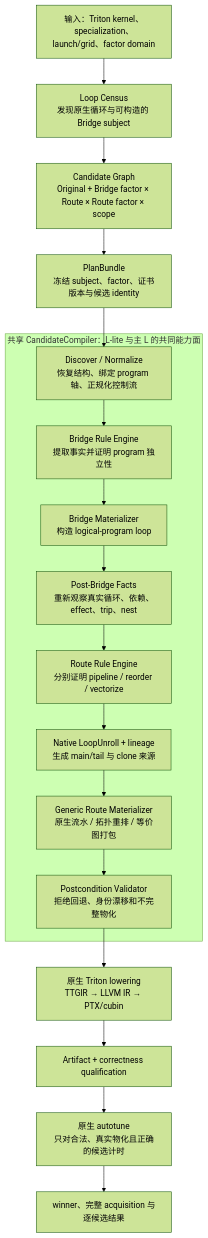
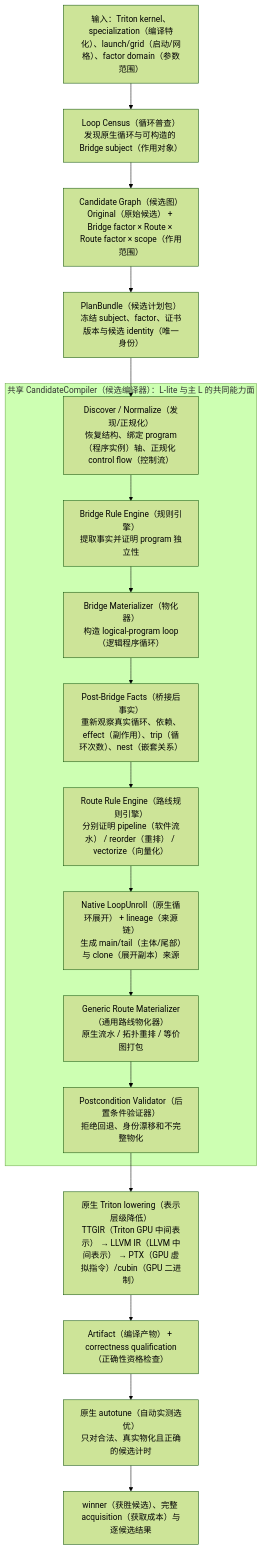
One commit to gslkj3/triton-hbv-l-lite changed the first of 4 diagrams in docs/l-lite-project-architecture-design.zh-CN.md. Above: the diagram before and after it, drawn with Mermaid (forest theme). The commit also changed other lines of this file, not shown here.

````diff
--- a/docs/l-lite-project-architecture-design.zh-CN.md
+++ b/docs/l-lite-project-architecture-design.zh-CN.md
@@ -52,27 +57,27 @@
 ```mermaid
 flowchart TB
-    U["输入：Triton kernel、specialization、launch/grid、factor domain"]
-    C["Loop Census<br/>发现原生循环与可构造的 Bridge subject"]
-    G["Candidate Graph<br/>Original + Bridge factor × Route × Route factor × scope"]
-    P["PlanBundle<br/>冻结 subject、factor、证书版本与候选 identity"]
+    U["输入：Triton kernel、specialization（编译特化）、launch/grid（启动/网格）、factor domain（参数范围）"]
+    C["Loop Census（循环普查）<br/>发现原生循环与可构造的 Bridge subject（作用对象）"]
+    G["Candidate Graph（候选图）<br/>Original（原始候选） + Bridge factor × Route × Route factor × scope（作用范围）"]
+    P["PlanBundle（候选计划包）<br/>冻结 subject、factor、证书版本与候选 identity（唯一身份）"]
 
-    subgraph CC["共享 CandidateCompiler：L-lite 与主 L 的共同能力面"]
-      D["Discover / Normalize<br/>恢复结构、绑定 program 轴、正规化控制流"]
-      BR["Bridge Rule Engine<br/>提取事实并证明 program 独立性"]
-      BM["Bridge Materializer<br/>构造 logical-program loop"]
-      F["Post-Bridge Facts<br/>重新观察真实循环、依赖、effect、trip、nest"]
-      RR["Route Rule Engine<br/>分别证明 pipeline / reorder / vectorize"]
-      UN["Native LoopUnroll + lineage<br/>生成 main/tail 与 clone 来源"]
-      RM["Generic Route Materializer<br/>原生流水 / 拓扑重排 / 等价图打包"]
-      V["Postcondition Validator<br/>拒绝回退、身份漂移和不完整物化"]
+    subgraph CC["共享 CandidateCompiler（候选编译器）：L-lite 与主 L 的共同能力面"]
+      D["Discover / Normalize（发现/正规化）<br/>恢复结构、绑定 program（程序实例）轴、正规化 control flow（控制流）"]
+      BR["Bridge Rule Engine（规则引擎）<br/>提取事实并证明 program 独立性"]
+      BM["Bridge Materializer（物化器）<br/>构造 logical-program loop（逻辑程序循环）"]
+      F["Post-Bridge Facts（桥接后事实）<br/>重新观察真实循环、依赖、effect（副作用）、trip（循环次数）、nest（嵌套关系）"]
+      RR["Route Rule Engine（路线规则引擎）<br/>分别证明 pipeline（软件流水） / reorder（重排） / vectorize（向量化）"]
+      UN["Native LoopUnroll（原生循环展开） + lineage（来源链）<br/>生成 main/tail（主体/尾部）与 clone（展开副本）来源"]
+      RM["Generic Route Materializer（通用路线物化器）<br/>原生流水 / 拓扑重排 / 等价图打包"]
+      V["Postcondition Validator（后置条件验证器）<br/>拒绝回退、身份漂移和不完整物化"]
       D --> BR --> BM --> F --> RR --> UN --> RM --> V
     end
 
-    N["原生 Triton lowering<br/>TTGIR → LLVM IR → PTX/cubin"]
-    A["Artifact + correctness qualification"]
-    T["原生 autotune<br/>只对合法、真实物化且正确的候选计时"]
-    W["winner、完整 acquisition 与逐候选结果"]
+    N["原生 Triton lowering（表示层级降低）<br/>TTGIR（Triton GPU 中间表示） → LLVM IR（LLVM 中间表示） → PTX（GPU 虚拟指令）/cubin（GPU 二进制）"]
+    A["Artifact（编译产物） + correctness qualification（正确性资格检查）"]
+    T["原生 autotune（自动实测选优）<br/>只对合法、真实物化且正确的候选计时"]
+    W["winner（获胜候选）、完整 acquisition（获取成本）与逐候选结果"]
 
     U --> C --> G --> P --> D
     V --> N --> A --> T --> W
 ```
````
